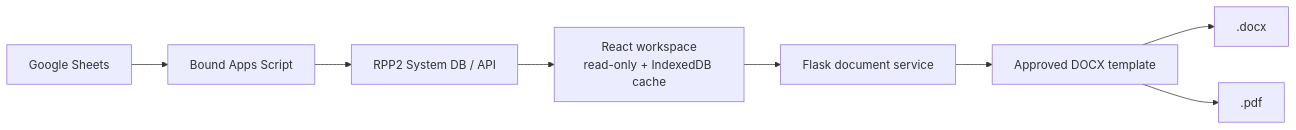
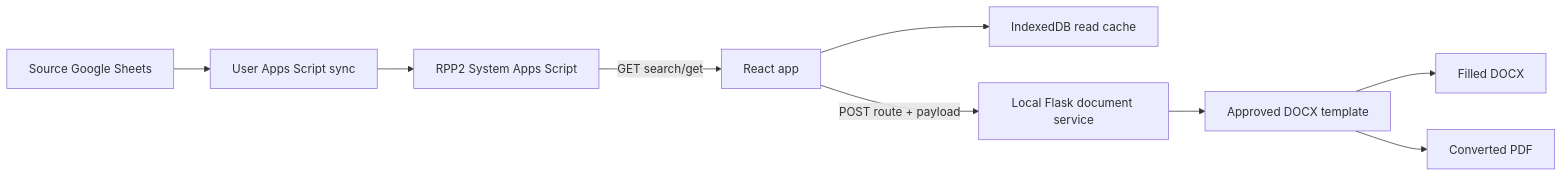
The diagram in README.md (siriponsri/water-app), drawn with Mermaid before and after one commit. The commit also changed other lines of this file and 10 other files, not shown here.

````diff
--- a/README.md
+++ b/README.md
@@ -17,10 +54,11 @@
 ```mermaid
 flowchart LR
-  A[Google Sheets] --> B[Bound Apps Script]
-  B --> C[RPP2 System DB / API]
-  C --> D[React workspace\nread-only + IndexedDB cache]
-  D --> E[Flask document service]
-  E --> F[Approved DOCX template]
-  F --> G[<worksheetNo>.docx]
-  F --> H[<worksheetNo>.pdf]
+  A[Source Google Sheets] --> B[User Apps Script sync]
+  B --> C[RPP2 System Apps Script]
+  C -->|GET search/get| D[React app]
+  D --> E[IndexedDB read cache]
+  D -->|POST route + payload| F[Local Flask document service]
+  F --> G[Approved DOCX template]
+  G --> H[Filled DOCX]
+  G --> I[Converted PDF]
 ```
````
